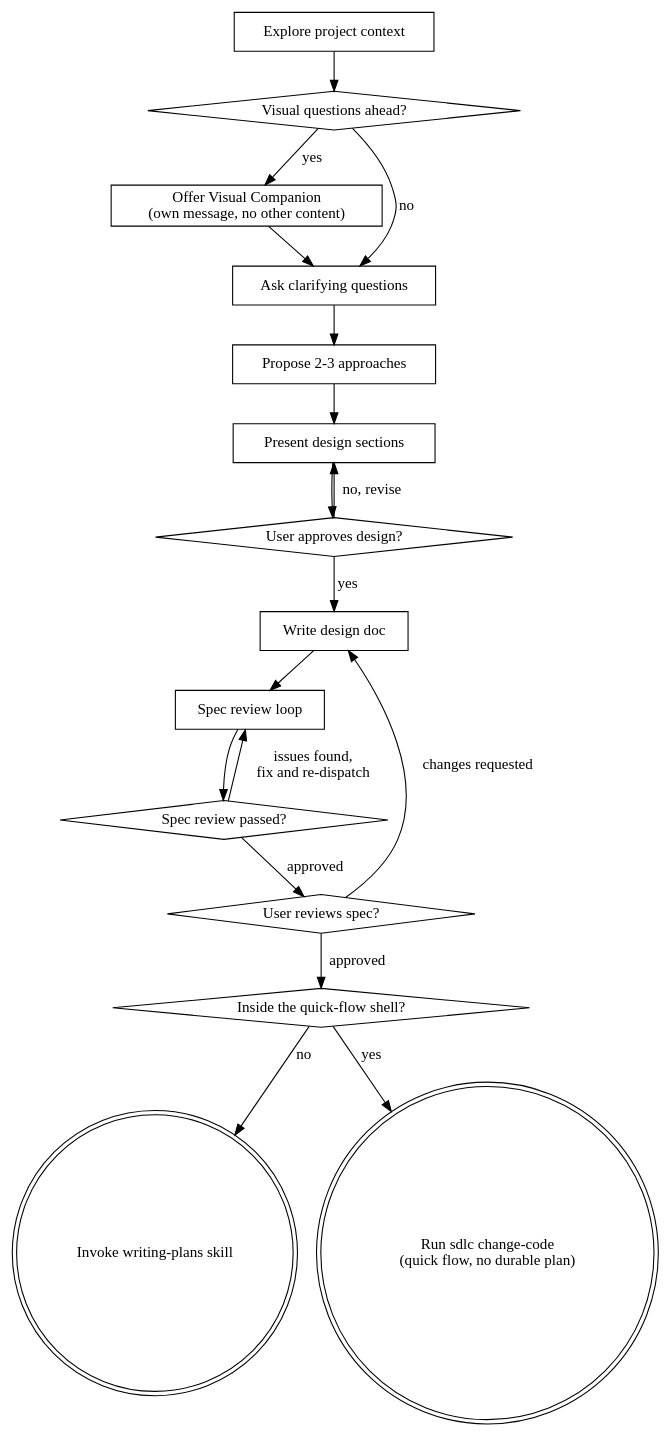
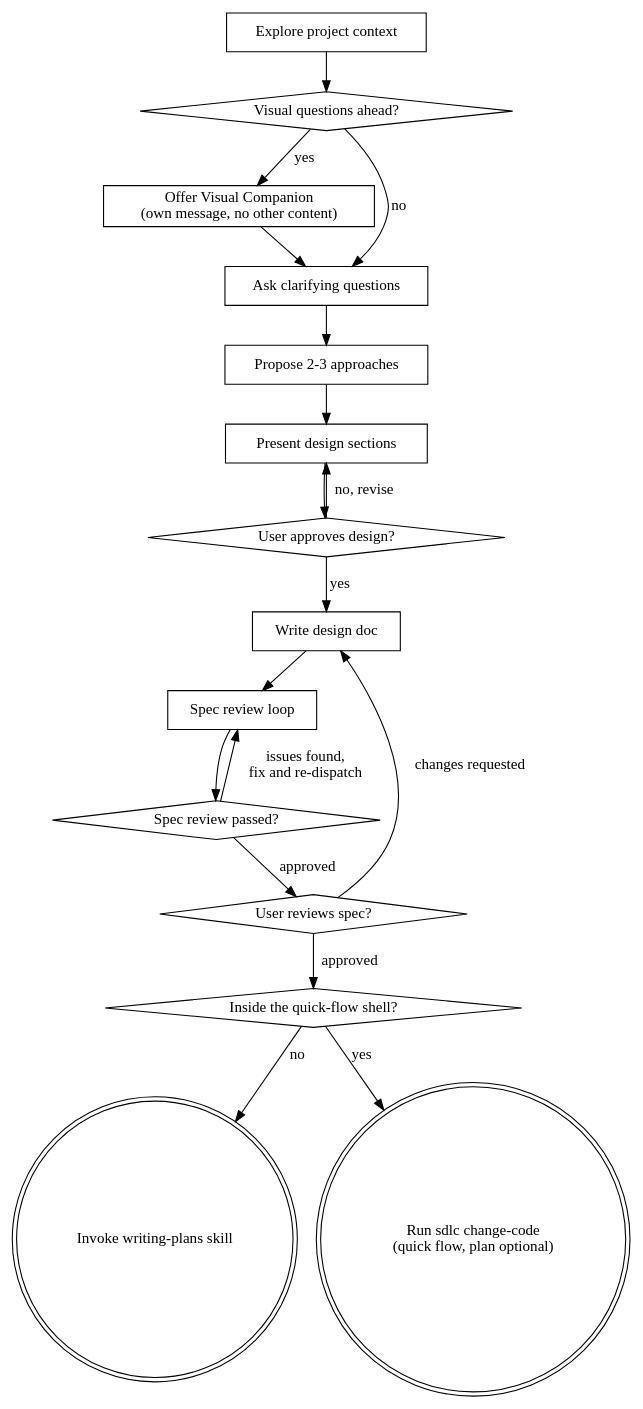
Before and after one commit to xianxu/ariadne: the diagram in construct/adapted/superpowers-brainstorming/SKILL.md, drawn with Graphviz. The commit also changed other lines of this file and 14 other files, not shown here.

First line of the commit message:
#231: inside the quick-flow shell a plan is optional

````diff
--- a/construct/adapted/superpowers-brainstorming/SKILL.md
+++ b/construct/adapted/superpowers-brainstorming/SKILL.md
@@ -47,36 +47,36 @@
 ```dot
 digraph brainstorming {
     "Explore project context" [shape=box];
     "Visual questions ahead?" [shape=diamond];
     "Offer Visual Companion\n(own message, no other content)" [shape=box];
     "Ask clarifying questions" [shape=box];
     "Propose 2-3 approaches" [shape=box];
     "Present design sections" [shape=box];
     "User approves design?" [shape=diamond];
     "Write design doc" [shape=box];
     "Spec review loop" [shape=box];
     "Spec review passed?" [shape=diamond];
     "User reviews spec?" [shape=diamond];
     "Inside the quick-flow shell?" [shape=diamond];
     "Invoke writing-plans skill" [shape=doublecircle];
-    "Run sdlc change-code\n(quick flow, no durable plan)" [shape=doublecircle];
+    "Run sdlc change-code\n(quick flow, plan optional)" [shape=doublecircle];
 
     "Explore project context" -> "Visual questions ahead?";
     "Visual questions ahead?" -> "Offer Visual Companion\n(own message, no other content)" [label="yes"];
     "Visual questions ahead?" -> "Ask clarifying questions" [label="no"];
     "Offer Visual Companion\n(own message, no other content)" -> "Ask clarifying questions";
     "Ask clarifying questions" -> "Propose 2-3 approaches";
     "Propose 2-3 approaches" -> "Present design sections";
     "Present design sections" -> "User approves design?";
     "User approves design?" -> "Present design sections" [label="no, revise"];
     "User approves design?" -> "Write design doc" [label="yes"];
     "Write design doc" -> "Spec review loop";
     "Spec review loop" -> "Spec review passed?";
     "Spec review passed?" -> "Spec review loop" [label="issues found,\nfix and re-dispatch"];
     "Spec review passed?" -> "User reviews spec?" [label="approved"];
     "User reviews spec?" -> "Write design doc" [label="changes requested"];
     "User reviews spec?" -> "Inside the quick-flow shell?" [label="approved"];
     "Inside the quick-flow shell?" -> "Invoke writing-plans skill" [label="no"];
-    "Inside the quick-flow shell?" -> "Run sdlc change-code\n(quick flow, no durable plan)" [label="yes"];
+    "Inside the quick-flow shell?" -> "Run sdlc change-code\n(quick flow, plan optional)" [label="yes"];
 }
 ```
````
